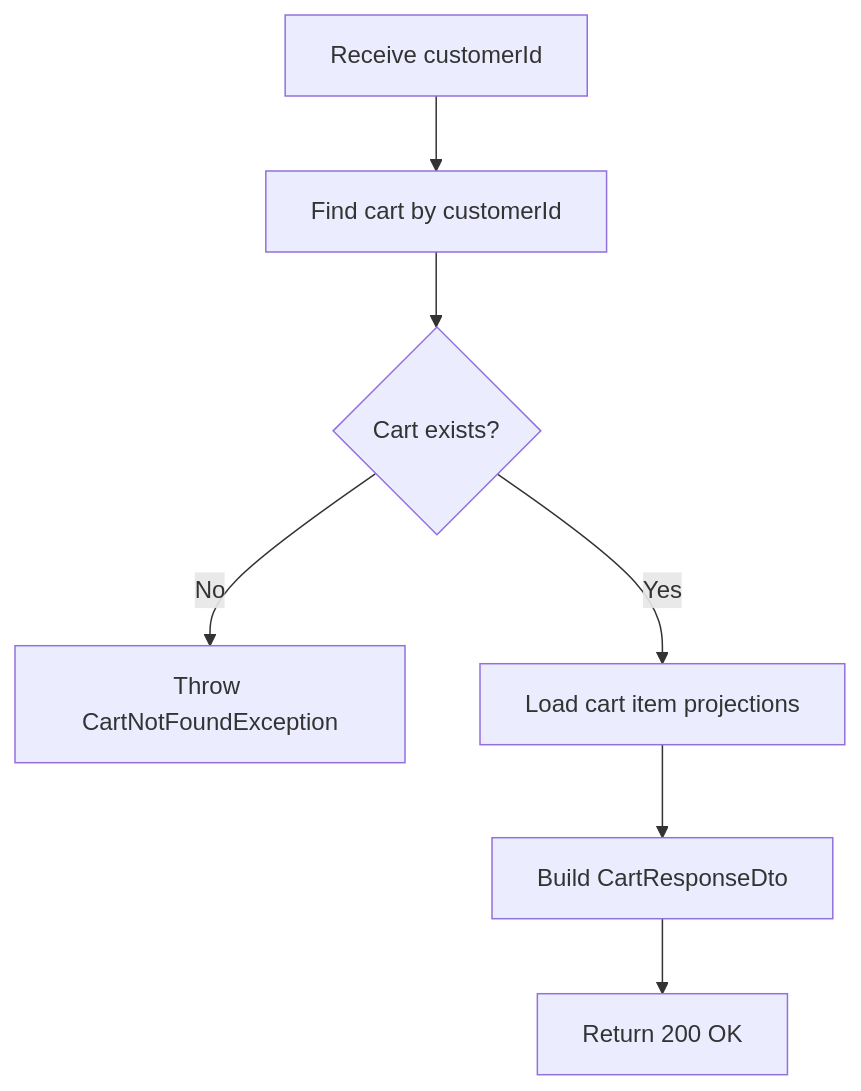
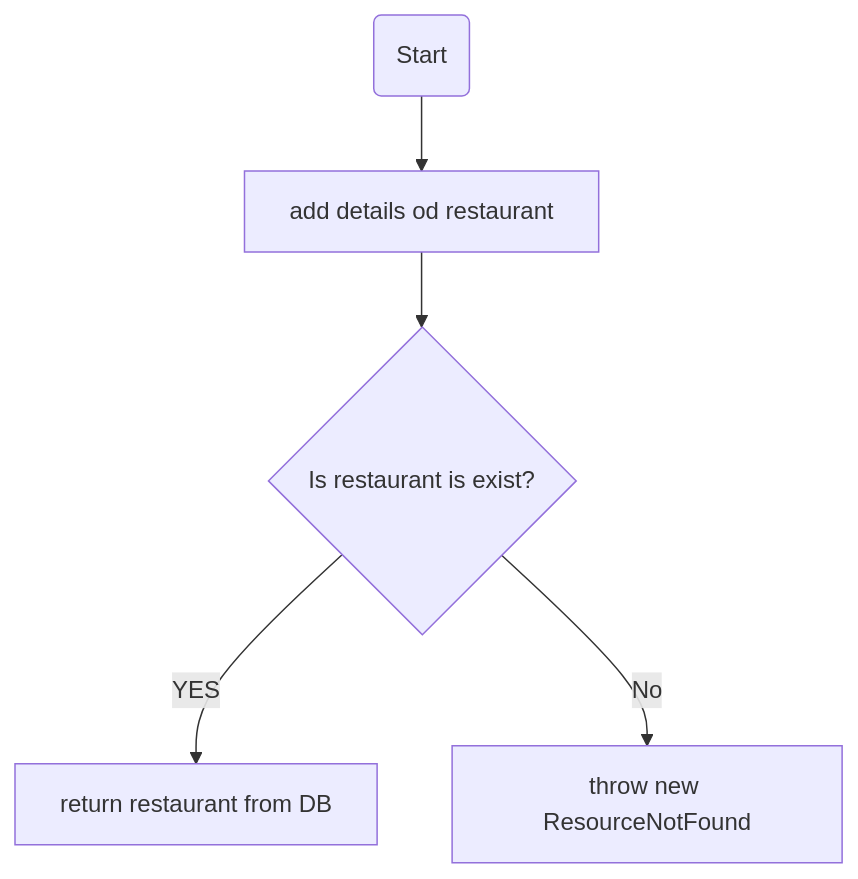
The fourth of 11 diagrams in README.md (w2t-el-develop/food_delivery_api), drawn with Mermaid before and after one commit. The commit also changed other lines of this file and 18 other files, not shown here.

````diff
--- a/README.md
+++ b/README.md
@@ -310,11 +324,10 @@
 ```mermaid
 flowchart TD
-    A[Receive customerId] --> B[Find cart by customerId]
-    B --> C{Cart exists?}
-
-    C -- No --> D[Throw CartNotFoundException]
-    C -- Yes --> E[Load cart item projections]
-
-    E --> F[Build CartResponseDto]
-    F --> G[Return 200 OK]
+    A(Start) --> B[add details od restaurant]
+    
+    B --> C{Is restaurant is exist?} 
+    
+    C -- YES --> F[return restaurant from DB] 
+    C -- No --> D[throw new ResourceNotFound]
+    
 ```
````
